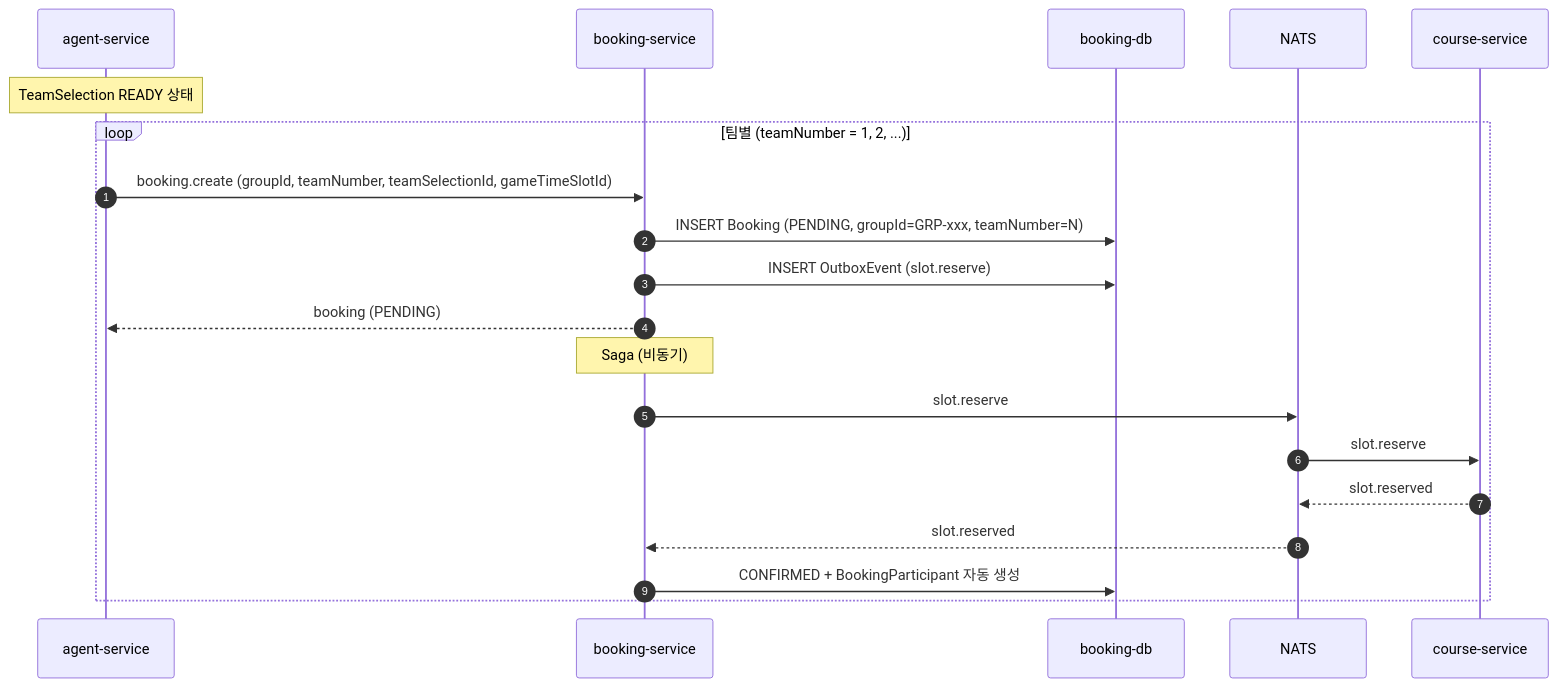
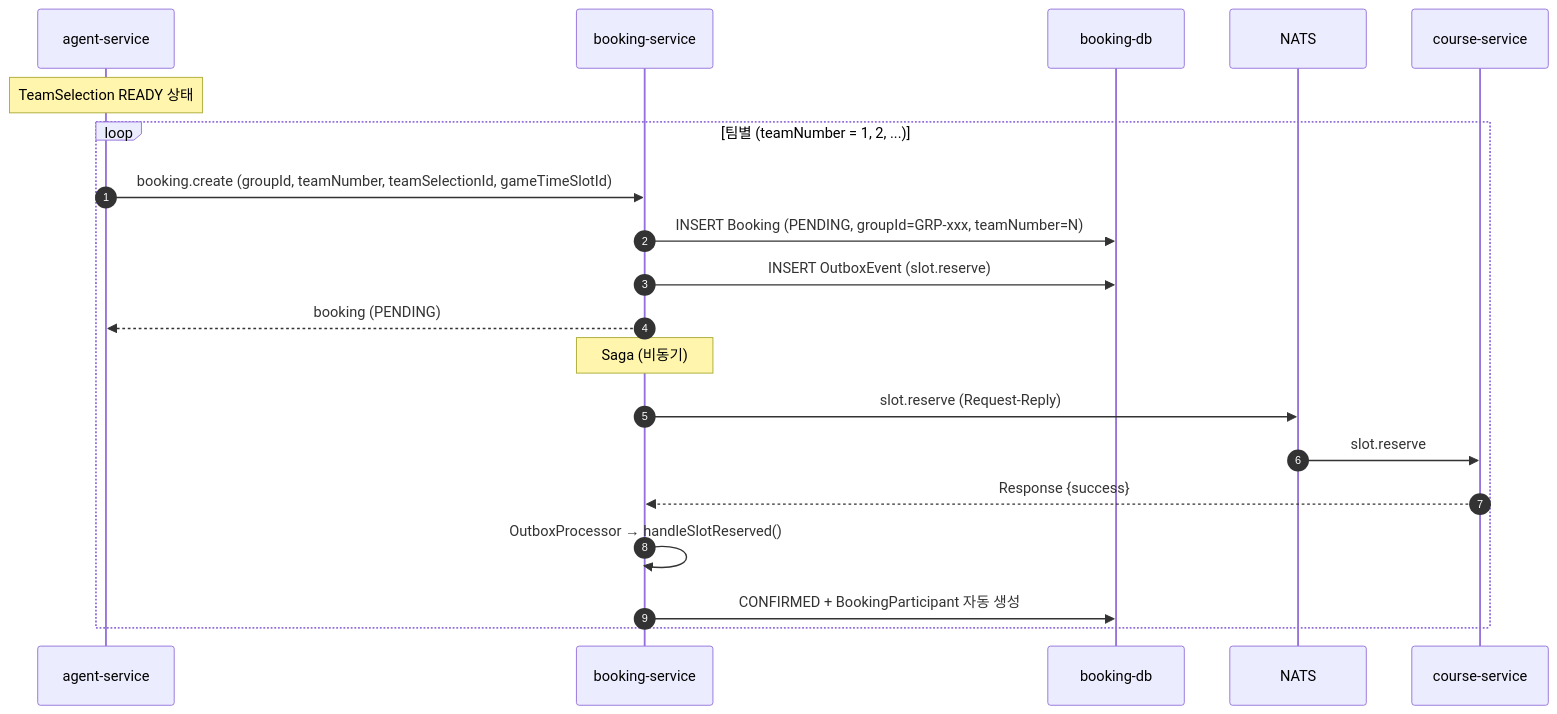
Diagram 16 of 18 in docs/workflow/BOOKING.md (uniyous/parkgolf-platform), drawn with Mermaid before and after one commit. The commit also changed other lines of this file and 5 other files, not shown here.

First line of the commit message:
docs: 제안서 및 워크플로우 문서 업데이트

````diff
--- a/docs/workflow/BOOKING.md
+++ b/docs/workflow/BOOKING.md
@@ -1406,25 +1414,25 @@
 ```mermaid
 sequenceDiagram
     autonumber
     participant Agent as agent-service
     participant BS as booking-service
     participant DB as booking-db
     participant NATS as NATS
     participant CS as course-service
 
     Note over Agent: TeamSelection READY 상태
 
     loop 팀별 (teamNumber = 1, 2, ...)
         Agent->>BS: booking.create (groupId, teamNumber, teamSelectionId, gameTimeSlotId)
         BS->>DB: INSERT Booking (PENDING, groupId=GRP-xxx, teamNumber=N)
         BS->>DB: INSERT OutboxEvent (slot.reserve)
         BS-->>Agent: booking (PENDING)
 
         Note over BS: Saga (비동기)
-        BS->>NATS: slot.reserve
+        BS->>NATS: slot.reserve (Request-Reply)
         NATS->>CS: slot.reserve
-        CS-->>NATS: slot.reserved
-        NATS-->>BS: slot.reserved
+        CS-->>BS: Response {success}
+        BS->>BS: OutboxProcessor → handleSlotReserved()
         BS->>DB: CONFIRMED + BookingParticipant 자동 생성
     end
 ```
````
